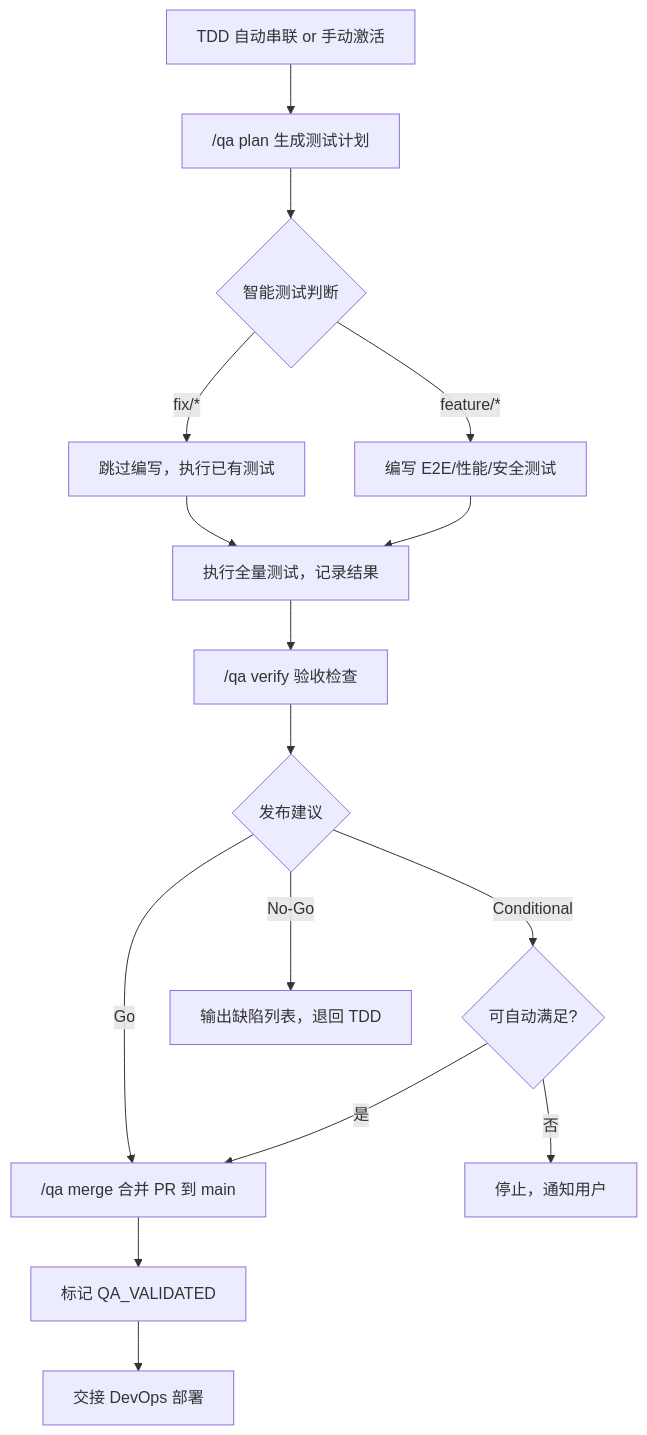
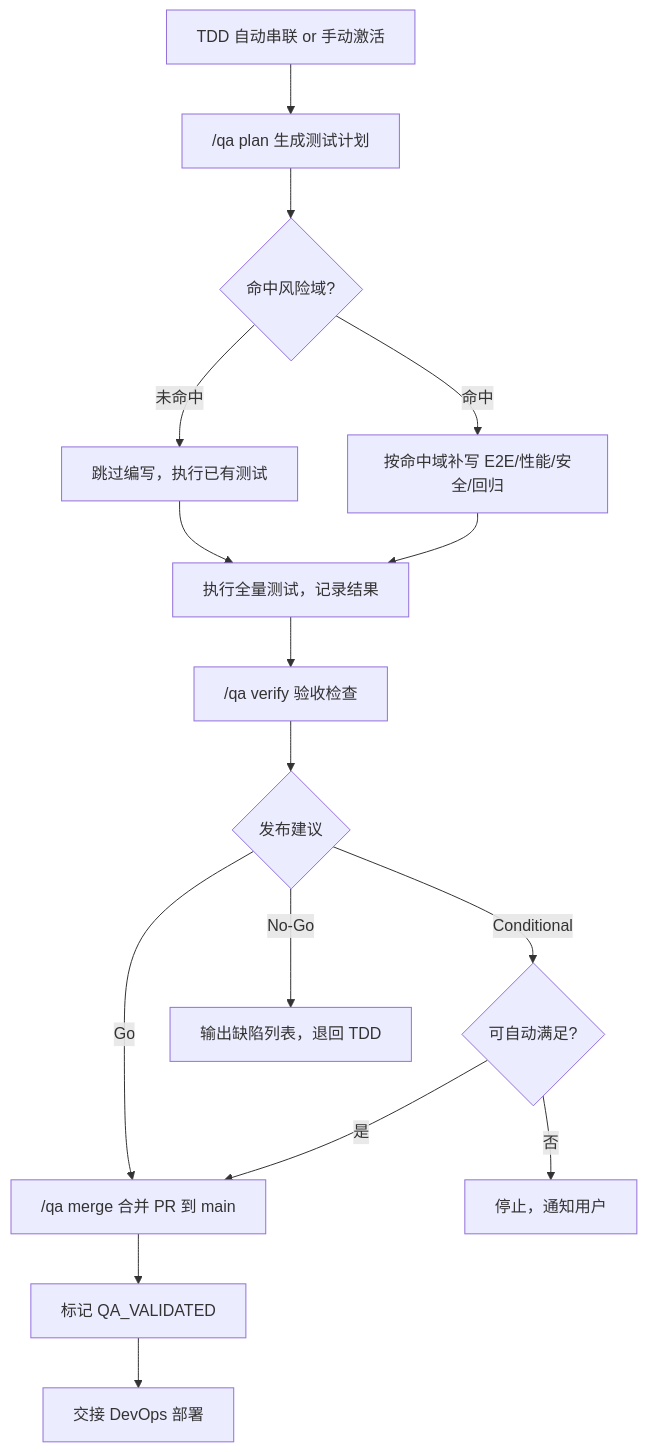
The diagram in AgentRoles/Handbooks/QA-TESTING-EXPERT.playbook.md (hollisyao2024/PromptsEngineering), drawn with Mermaid before and after one commit. The commit also changed 3 other files, not shown here.

````diff
--- a/AgentRoles/Handbooks/QA-TESTING-EXPERT.playbook.md
+++ b/AgentRoles/Handbooks/QA-TESTING-EXPERT.playbook.md
@@ -337,18 +337,18 @@
 ```mermaid
 flowchart TD
     A[TDD 自动串联 or 手动激活] --> B["/qa plan 生成测试计划"]
-    B --> B1{智能测试判断}
-    B1 -->|fix/*| B2[跳过编写，执行已有测试]
-    B1 -->|feature/*| B3["编写 E2E/性能/安全测试"]
+    B --> B1{命中风险域?}
+    B1 -->|未命中| B2[跳过编写，执行已有测试]
+    B1 -->|命中| B3["按命中域补写 E2E/性能/安全/回归"]
     B2 --> C["执行全量测试，记录结果"]
     B3 --> C
     C --> D["/qa verify 验收检查"]
     D --> E{发布建议}
     E -->|Go| F["/qa merge 合并 PR 到 main"]
     E -->|Conditional| G{可自动满足?}
     G -->|是| F
     G -->|否| STOP[停止，通知用户]
     E -->|No-Go| H["输出缺陷列表，退回 TDD"]
     F --> I[标记 QA_VALIDATED]
     I --> J[交接 DevOps 部署]
 ```
````
